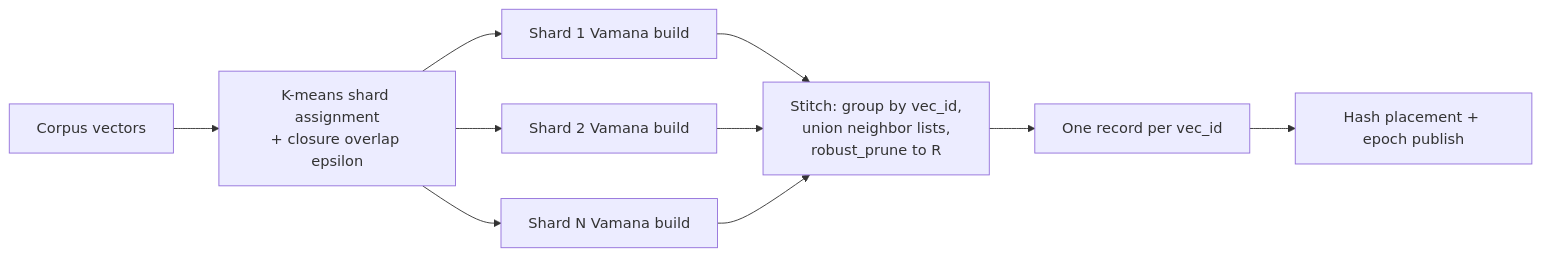
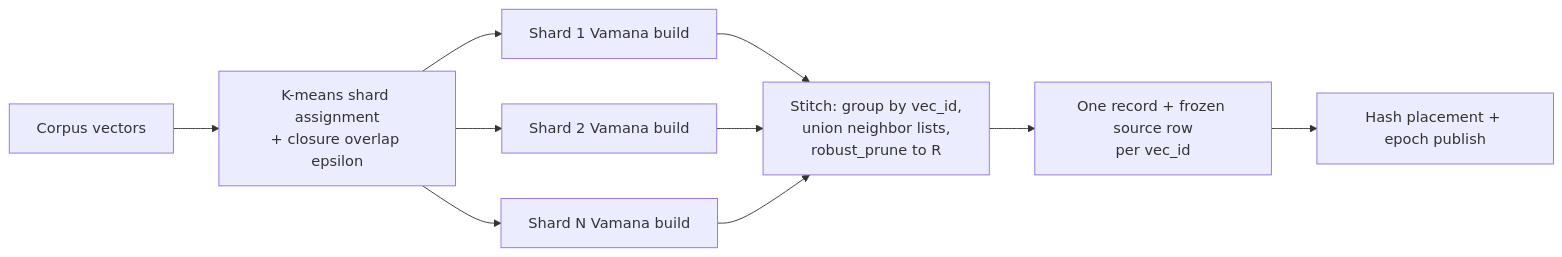
One commit to agent-ix/ecaz changed the diagram in spec/functional/index/distann/FR-077-distann-sharded-build-and-stitch.md. Above: the diagram before and after it, drawn with Mermaid. The commit also changed other lines of this file and 28 other files, not shown here.

````diff
--- a/spec/functional/index/distann/FR-077-distann-sharded-build-and-stitch.md
+++ b/spec/functional/index/distann/FR-077-distann-sharded-build-and-stitch.md
@@ -24,12 +24,12 @@
 ```mermaid
 flowchart LR
     A[Corpus vectors] --> B[K-means shard assignment<br/>+ closure overlap epsilon]
     B --> C1[Shard 1 Vamana build]
     B --> C2[Shard 2 Vamana build]
     B --> C3[Shard N Vamana build]
     C1 --> D[Stitch: group by vec_id,<br/>union neighbor lists,<br/>robust_prune to R]
     C2 --> D
     C3 --> D
-    D --> E[One record per vec_id]
+    D --> E[One record + frozen source row<br/>per vec_id]
     E --> F[Hash placement + epoch publish]
 ```
````
